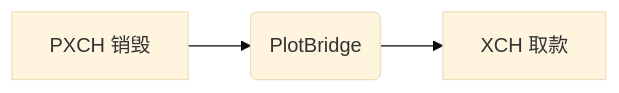
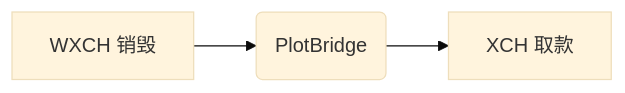
One commit to plot-network/plotbridge-website changed the third of 4 diagrams in content/tokens.zh-cn.md. Above: the diagram before and after it, drawn with Mermaid (base theme). The commit also changed other lines of this file and 25 other files, not shown here.

```diff
--- a/content/tokens.zh-cn.md
+++ b/content/tokens.zh-cn.md
@@ -35,4 +35,4 @@
 {{< mermaid >}}
 graph LR;
-PBR[PXCH 销毁] --> PB(PlotBridge) --> XW[XCH 取款]
+PBR[WXCH 销毁] --> PB(PlotBridge) --> XW[XCH 取款]
 {{</mermaid>}}
```
